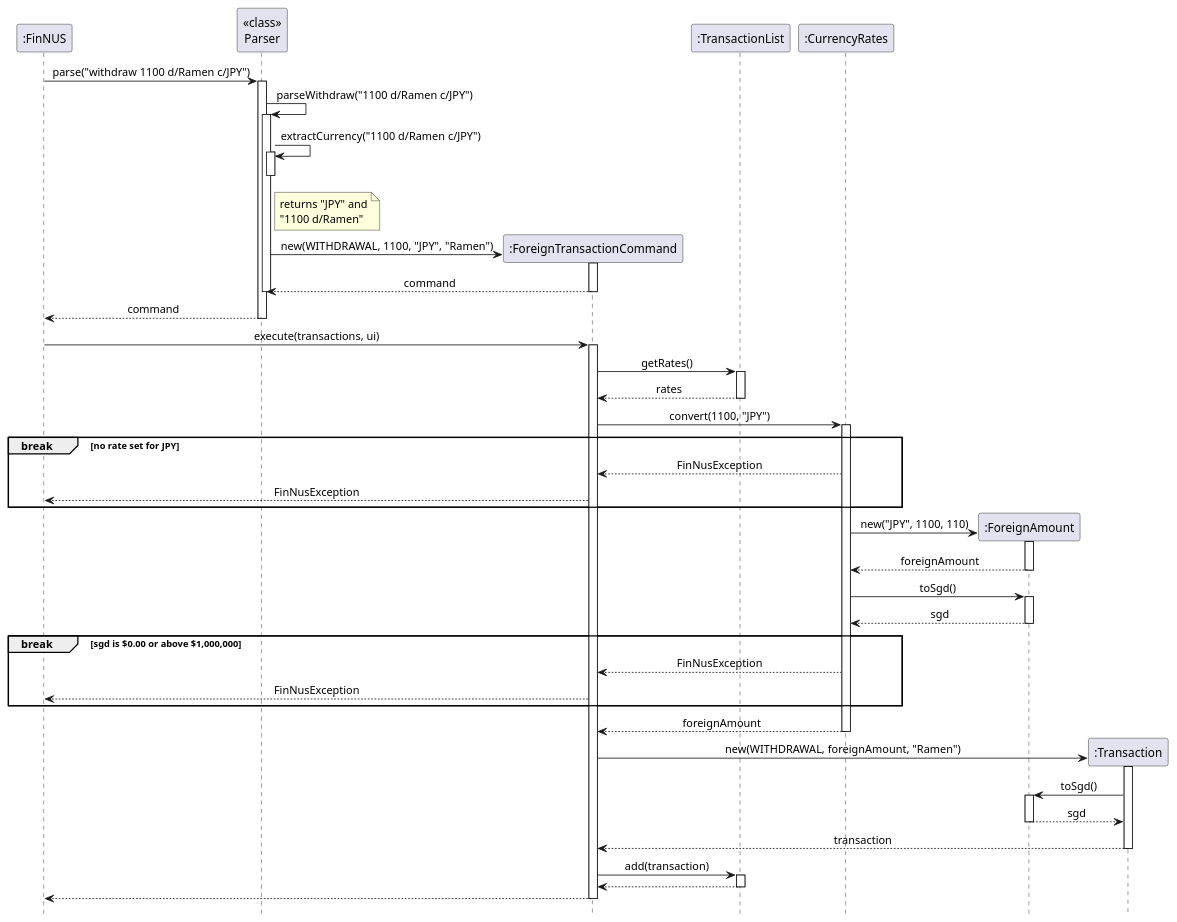
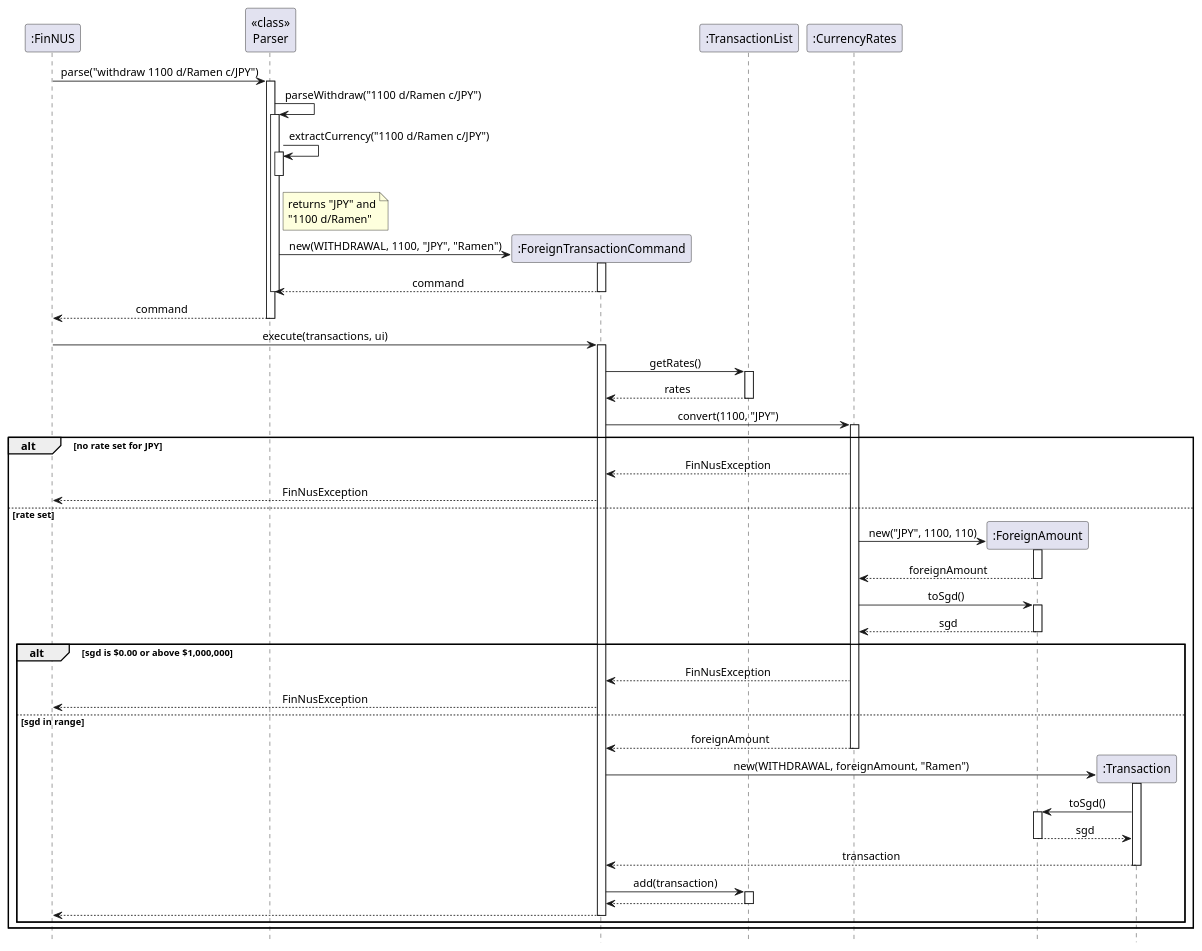
The diagram in docs/diagrams/ForeignTransactionSequenceDiagram.puml (AY2627S1-CS2113-W13-2/tp), drawn with PlantUML before and after one commit. The commit also changed 6 other files, not shown here.

First line of the commit message:
Fix sequence diagram notation from peer review

```diff
--- a/docs/diagrams/ForeignTransactionSequenceDiagram.puml
+++ b/docs/diagrams/ForeignTransactionSequenceDiagram.puml
@@ -1,83 +1,83 @@
 @startuml
 ' Sequence diagram for "withdraw 1100 d/Ramen c/JPY".
 ' Logging, console output, input validation and saving are left out to focus on the objects involved.
 hide footbox
 skinparam shadowing false
 skinparam sequenceMessageAlign center
 
 participant ":FinNUS" as FinNUS
 participant "<<class>>\nParser" as Parser
 participant ":ForeignTransactionCommand" as Command
 participant ":TransactionList" as TransactionList
 participant ":CurrencyRates" as CurrencyRates
 participant ":ForeignAmount" as ForeignAmount
 participant ":Transaction" as Transaction
 
 FinNUS -> Parser : parse("withdraw 1100 d/Ramen c/JPY")
 activate Parser
 Parser -> Parser : parseWithdraw("1100 d/Ramen c/JPY")
 activate Parser
 Parser -> Parser : extractCurrency("1100 d/Ramen c/JPY")
 activate Parser
 note right of Parser : returns "JPY" and\n"1100 d/Ramen"
 deactivate Parser
 create Command
 Parser -> Command : new(WITHDRAWAL, 1100, "JPY", "Ramen")
 activate Command
 Command --> Parser : command
 deactivate Command
 deactivate Parser
 Parser --> FinNUS : command
 deactivate Parser
 
 FinNUS -> Command : execute(transactions, ui)
 activate Command
 Command -> TransactionList : getRates()
 activate TransactionList
 TransactionList --> Command : rates
 deactivate TransactionList
 
 Command -> CurrencyRates : convert(1100, "JPY")
 activate CurrencyRates
 
-break no rate set for JPY
+alt no rate set for JPY
     CurrencyRates --> Command : FinNusException
     Command --> FinNUS : FinNusException
+else rate set
+    create ForeignAmount
+    CurrencyRates -> ForeignAmount : new("JPY", 1100, 110)
+    activate ForeignAmount
+    ForeignAmount --> CurrencyRates : foreignAmount
+    deactivate ForeignAmount
+    CurrencyRates -> ForeignAmount : toSgd()
+    activate ForeignAmount
+    ForeignAmount --> CurrencyRates : sgd
+    deactivate ForeignAmount
+
+    alt sgd is $0.00 or above $1,000,000
+        CurrencyRates --> Command : FinNusException
+        Command --> FinNUS : FinNusException
+    else sgd in range
+        CurrencyRates --> Command : foreignAmount
+        deactivate CurrencyRates
+
+        create Transaction
+        Command -> Transaction : new(WITHDRAWAL, foreignAmount, "Ramen")
+        activate Transaction
+        Transaction -> ForeignAmount : toSgd()
+        activate ForeignAmount
+        ForeignAmount --> Transaction : sgd
+        deactivate ForeignAmount
+        Transaction --> Command : transaction
+        deactivate Transaction
+
+        Command -> TransactionList : add(transaction)
+        activate TransactionList
+        TransactionList --> Command
+        deactivate TransactionList
+
+        Command --> FinNUS
+        deactivate Command
+    end
 end
-
-create ForeignAmount
-CurrencyRates -> ForeignAmount : new("JPY", 1100, 110)
-activate ForeignAmount
-ForeignAmount --> CurrencyRates : foreignAmount
-deactivate ForeignAmount
-CurrencyRates -> ForeignAmount : toSgd()
-activate ForeignAmount
-ForeignAmount --> CurrencyRates : sgd
-deactivate ForeignAmount
-
-break sgd is $0.00 or above $1,000,000
-    CurrencyRates --> Command : FinNusException
-    Command --> FinNUS : FinNusException
-end
-
-CurrencyRates --> Command : foreignAmount
-deactivate CurrencyRates
-
-create Transaction
-Command -> Transaction : new(WITHDRAWAL, foreignAmount, "Ramen")
-activate Transaction
-Transaction -> ForeignAmount : toSgd()
-activate ForeignAmount
-ForeignAmount --> Transaction : sgd
-deactivate ForeignAmount
-Transaction --> Command : transaction
-deactivate Transaction
-
-Command -> TransactionList : add(transaction)
-activate TransactionList
-TransactionList --> Command
-deactivate TransactionList
-
-Command --> FinNUS
-deactivate Command
 @enduml
```
